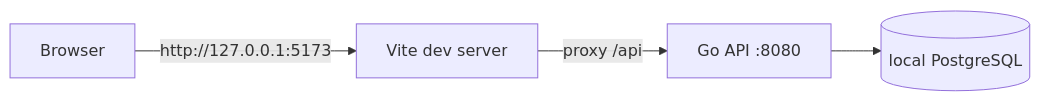
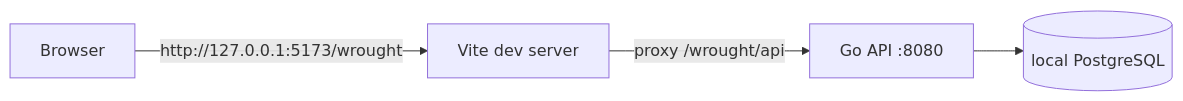
One commit to JTan2231/gezerah changed the second of 9 diagrams in docs/architecture.md. Above: the diagram before and after it, drawn with Mermaid. The commit also changed other lines of this file and 150 other files, not shown here.

````diff
--- a/docs/architecture.md
+++ b/docs/architecture.md
@@ -69,6 +92,6 @@
 ```mermaid
 flowchart LR
-    Browser -->|http://127.0.0.1:5173| Vite[Vite dev server]
-    Vite -->|proxy /api| Go[Go API :8080]
+    Browser -->|http://127.0.0.1:5173/wrought| Vite[Vite dev server]
+    Vite -->|proxy /wrought/api| Go[Go API :8080]
     Go --> DB[(local PostgreSQL)]
 ```
````
